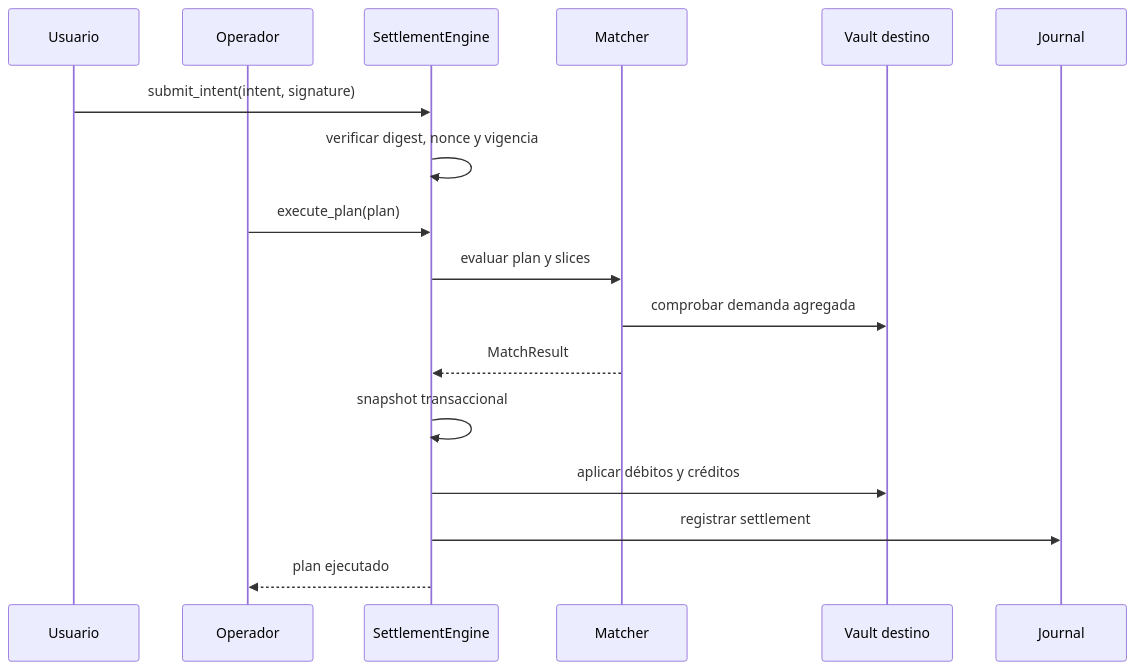
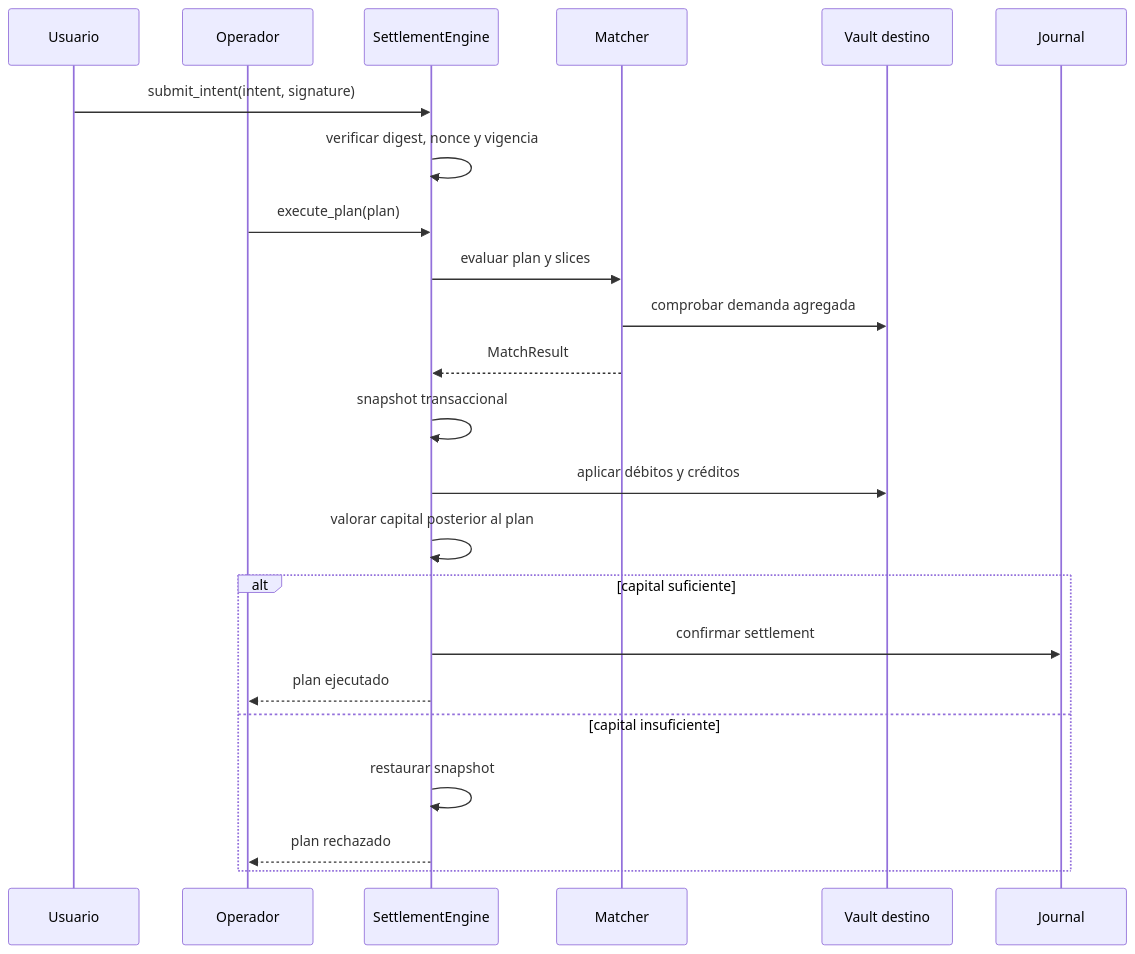
Before and after one commit to SolguardLabs/AetherDTL: the second of 3 diagrams in README.md, drawn with Mermaid. The commit also changed other lines of this file and 16 other files, not shown here.

Commit message:
Integrate settlement capital admission and intent-wide accounting

````diff
--- a/README.md
+++ b/README.md
@@ -55,20 +56,26 @@
 ```mermaid
 sequenceDiagram
     participant Owner as Usuario
     participant Operator as Operador
     participant Engine as SettlementEngine
     participant Matcher
     participant Vault as Vault destino
     participant Journal
 
     Owner->>Engine: submit_intent(intent, signature)
     Engine->>Engine: verificar digest, nonce y vigencia
     Operator->>Engine: execute_plan(plan)
     Engine->>Matcher: evaluar plan y slices
     Matcher->>Vault: comprobar demanda agregada
     Matcher-->>Engine: MatchResult
     Engine->>Engine: snapshot transaccional
     Engine->>Vault: aplicar débitos y créditos
-    Engine->>Journal: registrar settlement
-    Engine-->>Operator: plan ejecutado
+    Engine->>Engine: valorar capital posterior al plan
+    alt capital suficiente
+        Engine->>Journal: confirmar settlement
+        Engine-->>Operator: plan ejecutado
+    else capital insuficiente
+        Engine->>Engine: restaurar snapshot
+        Engine-->>Operator: plan rechazado
+    end
 ```
````
